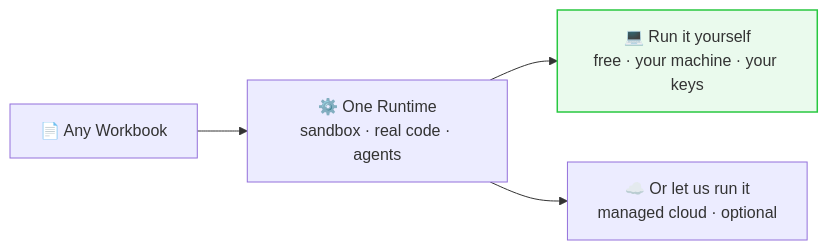
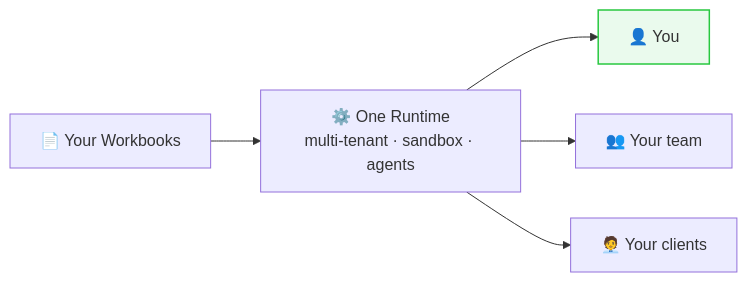
The third of 5 diagrams in README.md (workbooks-sh/workbooks.sh), drawn with Mermaid before and after one commit. The commit also changed other lines of this file, not shown here.

Commit message:
docs(readme): emphasize runtime multi-tenancy (build for yourself → everyone else); mindmap 'Database' not 'SQLite database'

````diff
--- a/README.md
+++ b/README.md
@@ -89,9 +90,10 @@
 ```mermaid
 flowchart LR
-    WB["📄 Any Workbook"] --> RT["⚙️ One Runtime<br/>sandbox · real code · agents"]
-    RT --> A["💻 Run it yourself<br/>free · your machine · your keys"]
-    RT --> B["☁️ Or let us run it<br/>managed cloud · optional"]
+    WB["📄 Your Workbooks"] --> RT["⚙️ One Runtime<br/>multi-tenant · sandbox · agents"]
+    RT --> You["👤 You"]
+    RT --> Team["👥 Your team"]
+    RT --> Clients["🧑‍💼 Your clients"]
 
-    classDef free fill:#28c84018,stroke:#28c840,stroke-width:1.5px;
-    class A free
+    classDef start fill:#28c84018,stroke:#28c840,stroke-width:1.5px;
+    class You start
 ```
````
